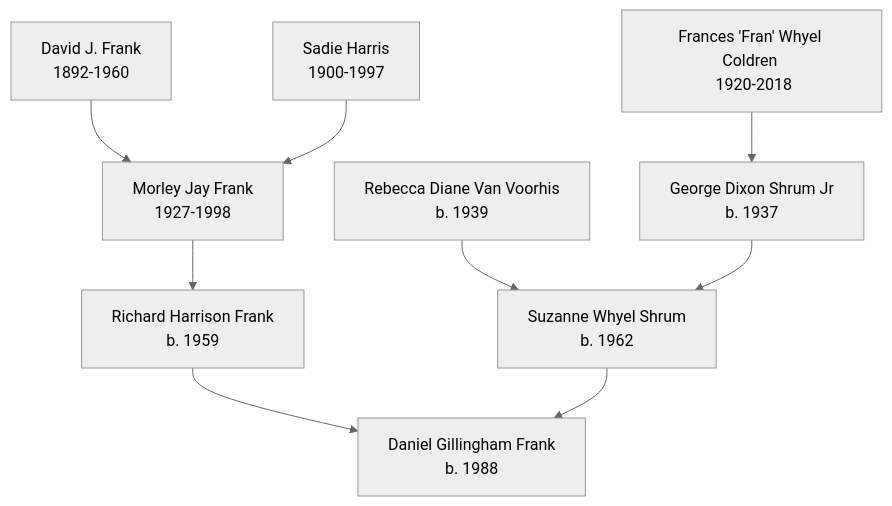
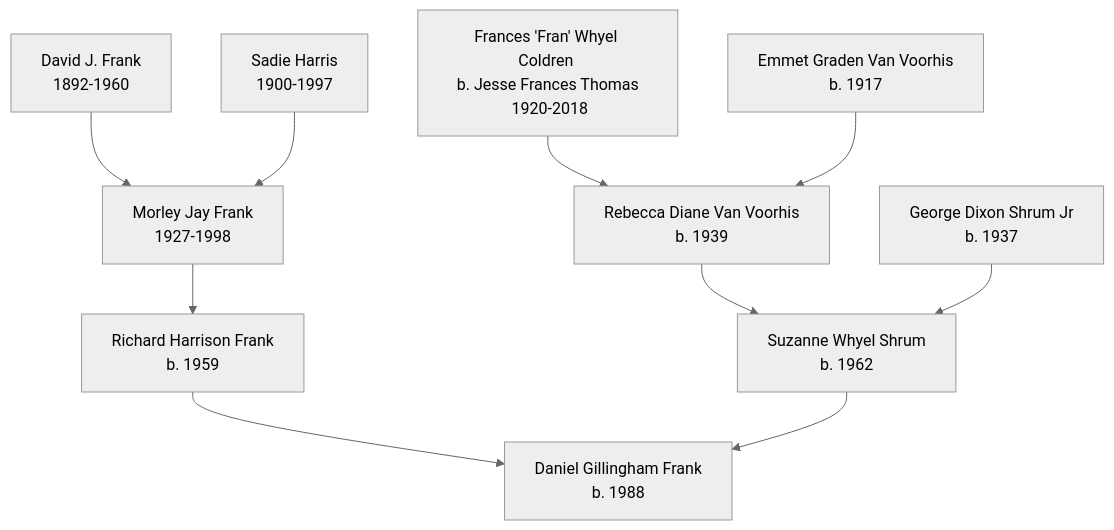
The diagram in wiki/self/lineage/family-tree.md (caakehorn/wiki-brain), drawn with Mermaid (neutral theme) before and after one commit. The commit also changed other lines of this file and 82 other files, not shown here.

````diff
--- a/wiki/self/lineage/family-tree.md
+++ b/wiki/self/lineage/family-tree.md
@@ -48,11 +49,12 @@
 ```mermaid
 graph TD
     DJ["David J. Frank <br> 1892-1960"] --> MF["Morley Jay Frank <br> 1927-1998"]
     SH["Sadie Harris <br> 1900-1997"] --> MF
-    FC["Frances 'Fran' Whyel Coldren <br> 1920-2018"] --> GS["George Dixon Shrum Jr <br> b. 1937"]
-    RV["Rebecca Diane Van Voorhis <br> b. 1939"] --> SS["Suzanne Whyel Shrum <br> b. 1962"]
-    GS --> SS
+    FC["Frances 'Fran' Whyel Coldren <br> b. Jesse Frances Thomas <br> 1920-2018"] --> RV["Rebecca Diane Van Voorhis <br> b. 1939"]
+    EV["Emmet Graden Van Voorhis <br> b. 1917"] --> RV
+    RV --> SS["Suzanne Whyel Shrum <br> b. 1962"]
+    GS["George Dixon Shrum Jr <br> b. 1937"] --> SS
     MF --> RF["Richard Harrison Frank <br> b. 1959"]
     RF --> DF["Daniel Gillingham Frank <br> b. 1988"]
     SS --> DF
 ```
````
